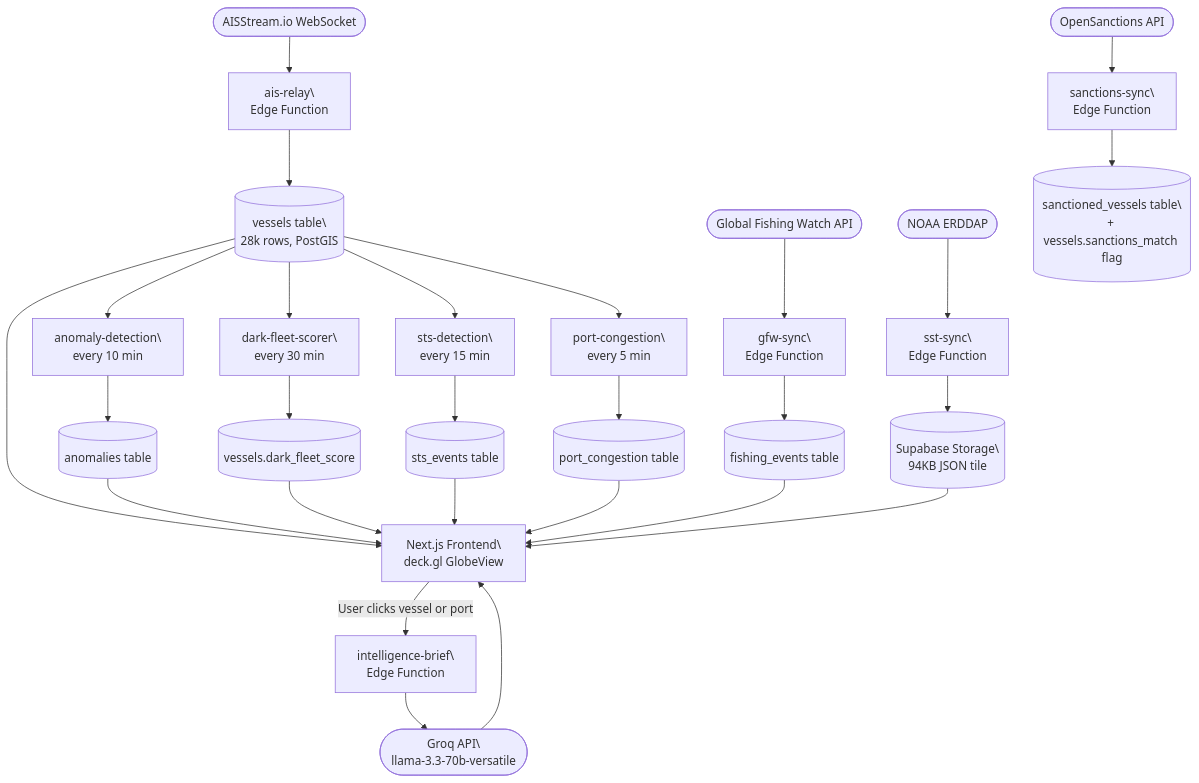
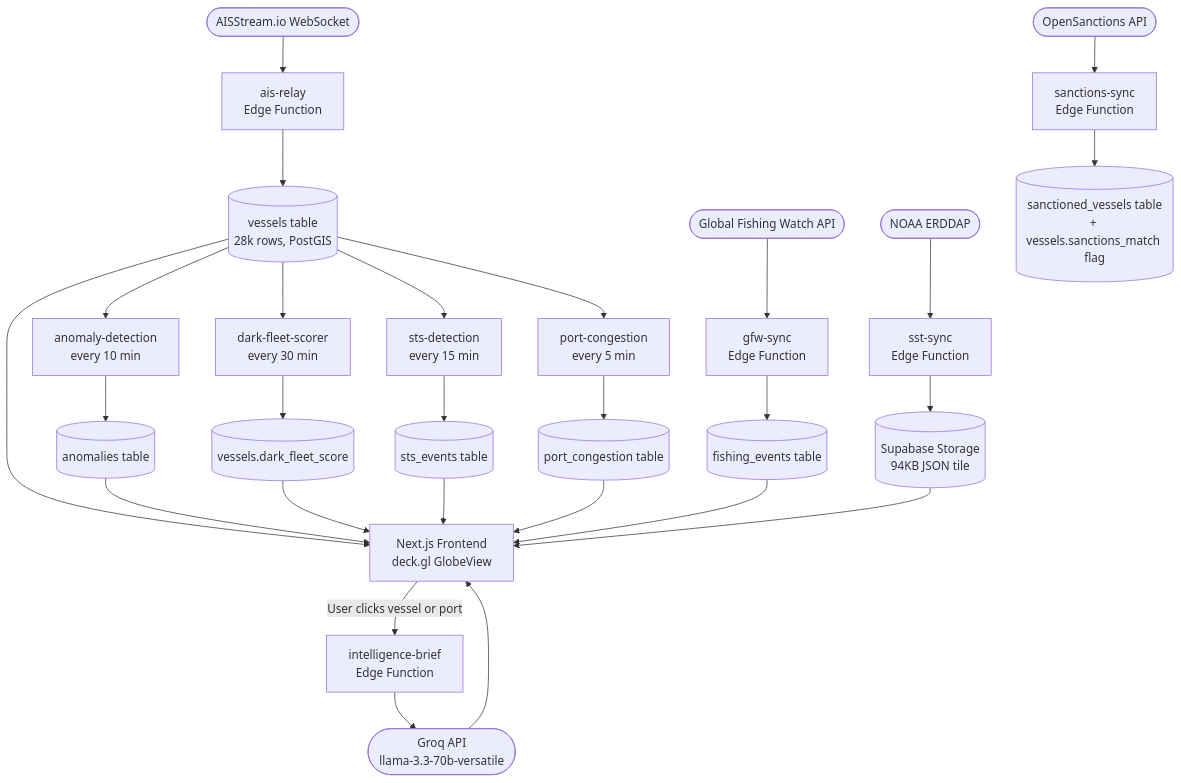
One commit to deringeorge-nebula/thalweg changed the diagram in README.md. Above: the diagram before and after it, drawn with Mermaid. The commit also changed other lines of this file, not shown here.

Commit message:
docs: fix mermaid diagram line breaks and badges

````diff
--- a/README.md
+++ b/README.md
@@ -55,32 +55,32 @@
 ```mermaid
 flowchart TD
-    A([AISStream.io WebSocket]) --> B[ais-relay\\nEdge Function]
-    B --> C[(vessels table\\n28k rows, PostGIS)]
+    A([AISStream.io WebSocket]) --> B["ais-relay<br>Edge Function"]
+    B --> C[("vessels table<br>28k rows, PostGIS")]
 
-    D([NOAA ERDDAP]) --> E[sst-sync\\nEdge Function]
-    E --> F[(Supabase Storage\\n94KB JSON tile)]
+    D([NOAA ERDDAP]) --> E["sst-sync<br>Edge Function"]
+    E --> F[("Supabase Storage<br>94KB JSON tile")]
 
-    G([Global Fishing Watch API]) --> H[gfw-sync\\nEdge Function]
+    G([Global Fishing Watch API]) --> H["gfw-sync<br>Edge Function"]
     H --> I[(fishing_events table)]
 
-    J([OpenSanctions API]) --> K[sanctions-sync\\nEdge Function]
-    K --> L[(sanctioned_vessels table\\n+ vessels.sanctions_match flag)]
+    J([OpenSanctions API]) --> K["sanctions-sync<br>Edge Function"]
+    K --> L[("sanctioned_vessels table<br>+ vessels.sanctions_match flag")]
 
-    C --> M[anomaly-detection\\nevery 10 min]
+    C --> M["anomaly-detection<br>every 10 min"]
     M --> N[(anomalies table)]
 
-    C --> O[dark-fleet-scorer\\nevery 30 min]
+    C --> O["dark-fleet-scorer<br>every 30 min"]
     O --> P[(vessels.dark_fleet_score)]
 
-    C --> Q[sts-detection\\nevery 15 min]
+    C --> Q["sts-detection<br>every 15 min"]
     Q --> R[(sts_events table)]
 
-    C --> S[port-congestion\\nevery 5 min]
+    C --> S["port-congestion<br>every 5 min"]
     S --> T[(port_congestion table)]
 
-    C & N & P & R & T & I & F --> U[Next.js Frontend\\ndeck.gl GlobeView]
+    C & N & P & R & T & I & F --> U["Next.js Frontend<br>deck.gl GlobeView"]
 
-    U -->|User clicks vessel or port| V[intelligence-brief\\nEdge Function]
-    V --> W([Groq API\\nllama-3.3-70b-versatile])
+    U -->|User clicks vessel or port| V["intelligence-brief<br>Edge Function"]
+    V --> W(["Groq API<br>llama-3.3-70b-versatile"])
     W --> U
 ```
````
